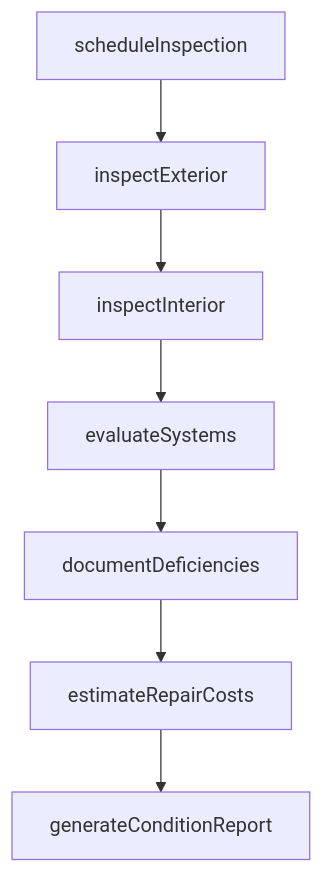
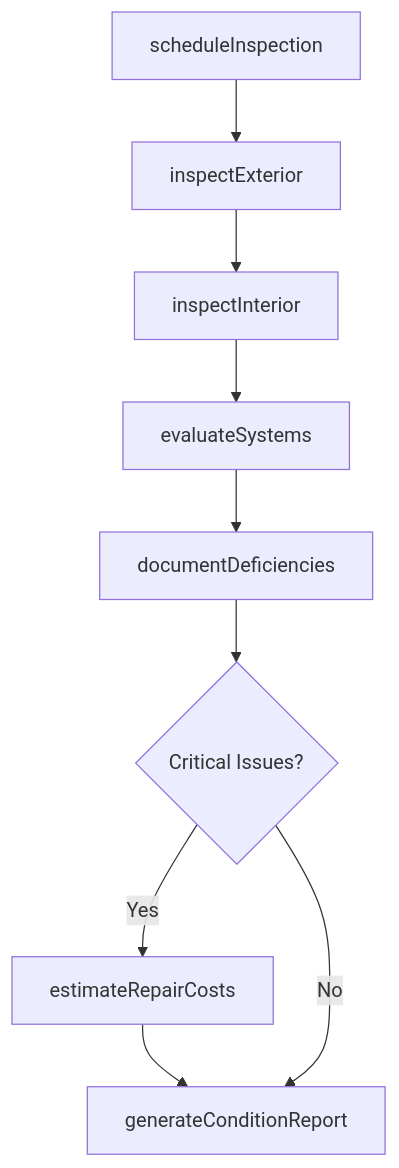
Before and after one commit to dot-org-ai/tasks.org.ai: the third of 4 diagrams in JudgingTheQualitiesOfObjectsServicesOrPeople/EvaluateConditionOfFinancialAssetsPropertyOrOtherResources/EvaluateConditionProperties.mdx, drawn with Mermaid. The commit also changed other lines of this file and 266 other files, not shown here.

First line of the commit message:
feat: Add ER diagrams, state diagrams to wave 2 batch (251 DWA files)

````diff
--- a/JudgingTheQualitiesOfObjectsServicesOrPeople/EvaluateConditionOfFinancialAssetsPropertyOrOtherResources/EvaluateConditionProperties.mdx
+++ b/JudgingTheQualitiesOfObjectsServicesOrPeople/EvaluateConditionOfFinancialAssetsPropertyOrOtherResources/EvaluateConditionProperties.mdx
@@ -87,9 +114,11 @@
 ```mermaid
 graph TD
     A[scheduleInspection] --> B[inspectExterior]
     B --> C[inspectInterior]
     C --> D[evaluateSystems]
     D --> E[documentDeficiencies]
-    E --> F[estimateRepairCosts]
-    F --> G[generateConditionReport]
+    E --> F{Critical Issues?}
+    F -->|Yes| G[estimateRepairCosts]
+    G --> H[generateConditionReport]
+    F -->|No| H
 ```
````
